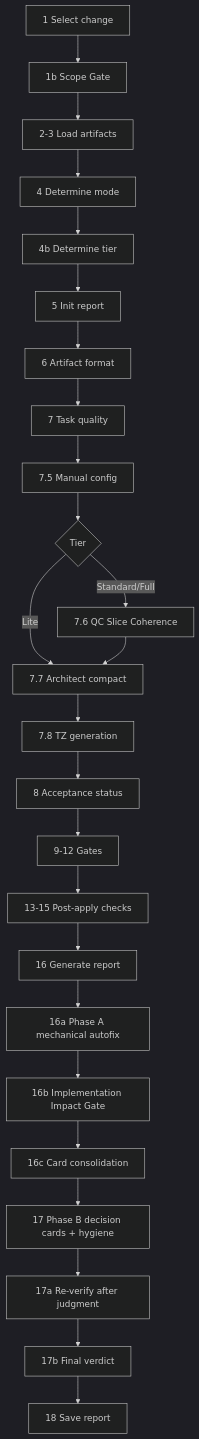
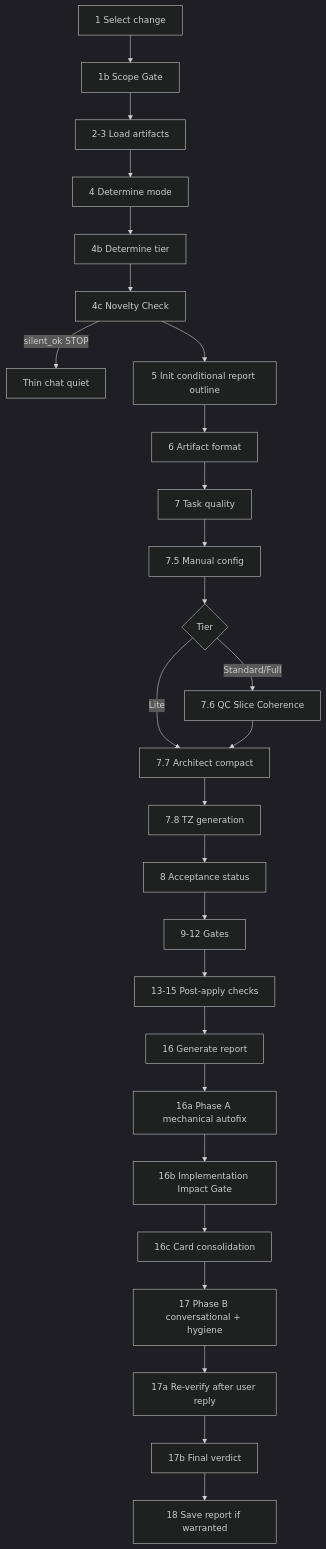
One commit to Borisov-Ivan/1c-ai-development-kit-van changed the diagram in .cursor/skills/openspec-verify-change/SKILL.md. Above: the diagram before and after it, drawn with Mermaid (dark theme). The commit also changed other lines of this file and 23 other files, not shown here.

````diff
--- a/.cursor/skills/openspec-verify-change/SKILL.md
+++ b/.cursor/skills/openspec-verify-change/SKILL.md
@@ -24,27 +24,29 @@
 ```mermaid
 flowchart TD
   A[1 Select change] --> B[1b Scope Gate]
   B --> C[2-3 Load artifacts]
   C --> D[4 Determine mode]
   D --> E[4b Determine tier]
-  E --> F[5 Init report]
+  E --> Ec[4c Novelty Check]
+  Ec -->|silent_ok STOP| ChatQuiet[Thin chat quiet]
+  Ec --> F[5 Init conditional report outline]
   F --> G[6 Artifact format]
   G --> H[7 Task quality]
   H --> I[7.5 Manual config]
   I --> J{Tier}
   J -- Lite --> M[7.7 Architect compact]
   J -- Standard/Full --> K[7.6 QC Slice Coherence]
   K --> M
   M --> N[7.8 TZ generation]
   N --> O[8 Acceptance status]
   O --> P[9-12 Gates]
   P --> Q[13-15 Post-apply checks]
   Q --> R[16 Generate report]
   R --> S[16a Phase A mechanical autofix]
   S --> S1[16b Implementation Impact Gate]
   S1 --> S2[16c Card consolidation]
-  S2 --> T[17 Phase B decision cards + hygiene]
-  T --> U[17a Re-verify after judgment]
+  S2 --> T[17 Phase B conversational + hygiene]
+  T --> U[17a Re-verify after user reply]
   U --> V[17b Final verdict]
-  V --> W[18 Save report]
+  V --> W[18 Save report if warranted]
 ```
````
